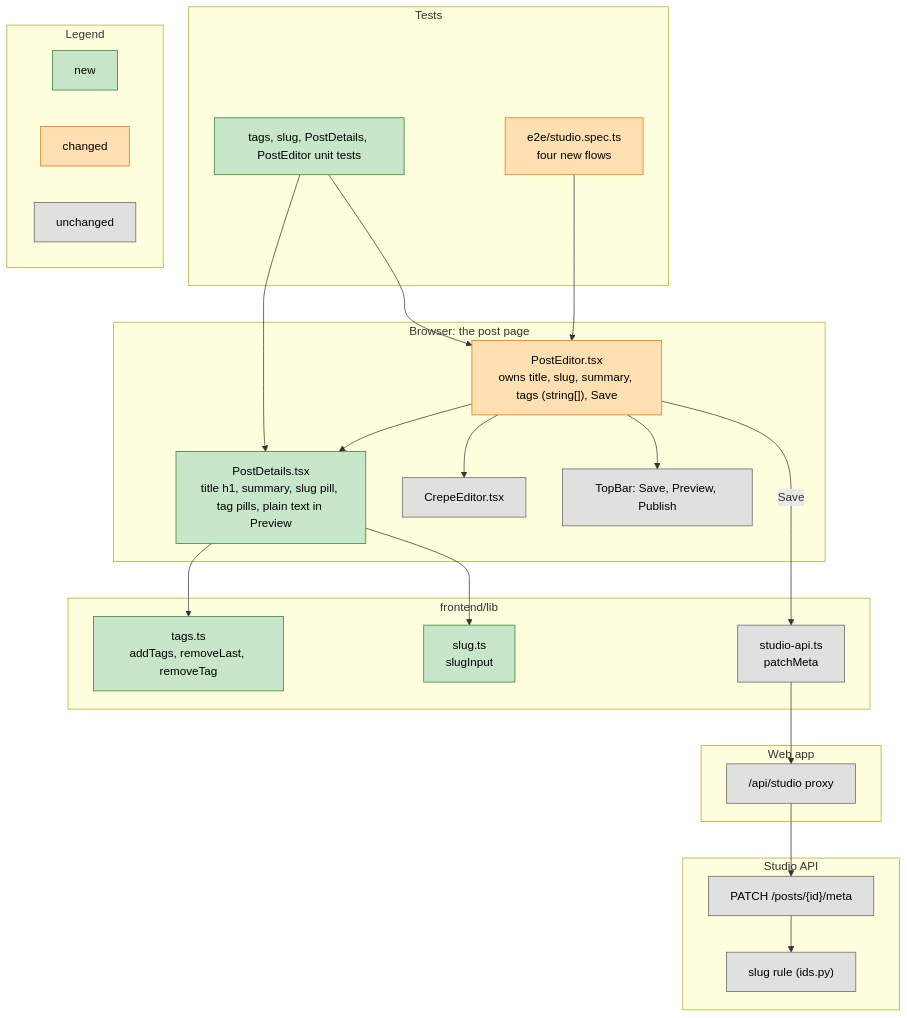
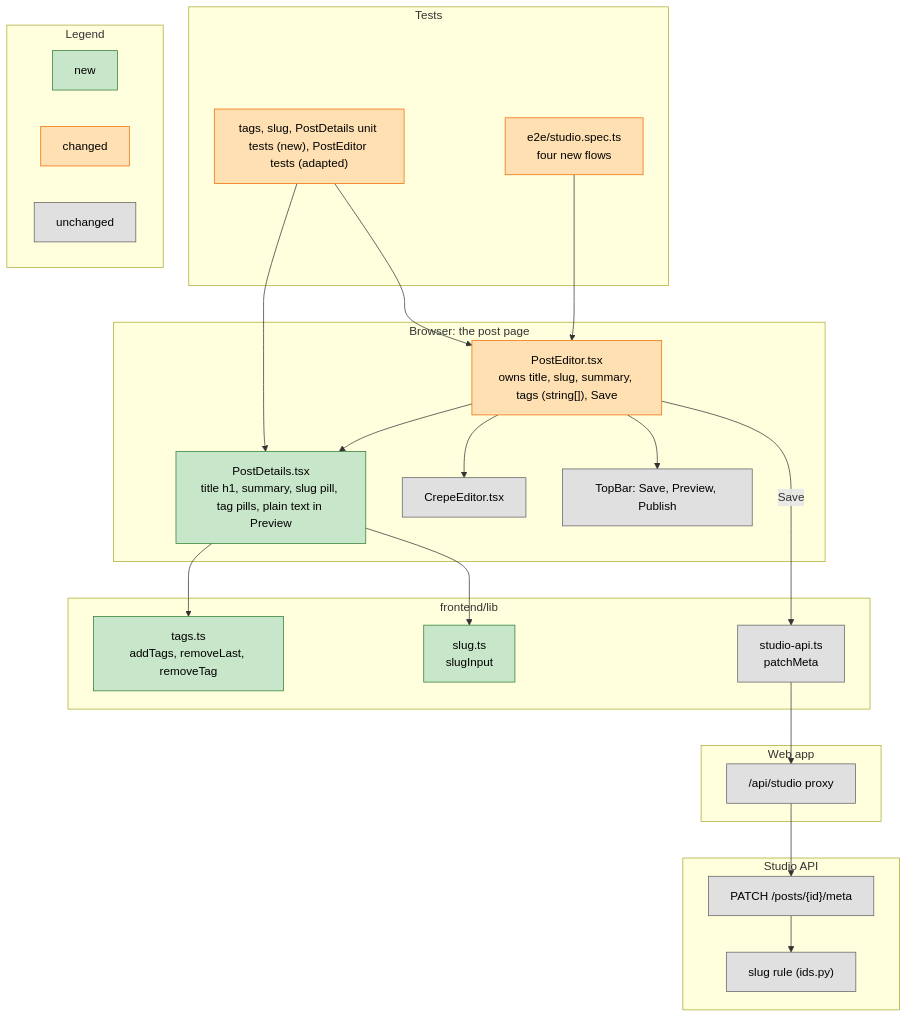
Before and after one commit to Fredheda/Personal-Blog-Studio: the diagram in docs/plans/diagrams/2026-11-22-details-in-place.mmd, drawn with Mermaid. The commit also changed 2 other files, not shown here.

```diff
--- a/docs/plans/diagrams/2026-11-22-details-in-place.mmd
+++ b/docs/plans/diagrams/2026-11-22-details-in-place.mmd
@@ -1,50 +1,50 @@
 flowchart TB
   classDef new fill:#c8e6c9,stroke:#2e7d32,color:#000
   classDef changed fill:#ffe0b2,stroke:#ef6c00,color:#000
   classDef unchanged fill:#e0e0e0,stroke:#616161,color:#000
 
   subgraph browser["Browser: the post page"]
     editor["PostEditor.tsx<br/>owns title, slug, summary, tags (string[]), Save"]:::changed
     details["PostDetails.tsx<br/>title h1, summary, slug pill, tag pills, plain text in Preview"]:::new
     crepe["CrepeEditor.tsx"]:::unchanged
     topbar["TopBar: Save, Preview, Publish"]:::unchanged
   end
 
   subgraph lib["frontend/lib"]
     tags["tags.ts<br/>addTags, removeLast, removeTag"]:::new
     slug["slug.ts<br/>slugInput"]:::new
     api["studio-api.ts<br/>patchMeta"]:::unchanged
   end
 
   subgraph webapp["Web app"]
     proxy["/api/studio proxy"]:::unchanged
   end
 
   subgraph backend["Studio API"]
     meta["PATCH /posts/{id}/meta"]:::unchanged
     slugrule["slug rule (ids.py)"]:::unchanged
   end
 
   subgraph checks["Tests"]
-    unit["tags, slug, PostDetails, PostEditor unit tests"]:::new
+    unit["tags, slug, PostDetails unit tests (new), PostEditor tests (adapted)"]:::changed
     e2e["e2e/studio.spec.ts<br/>four new flows"]:::changed
   end
 
   editor --> details
   editor --> crepe
   editor --> topbar
   details --> tags
   details --> slug
   editor -- "Save" --> api
   api --> proxy
   proxy --> meta
   meta --> slugrule
   unit --> details
   unit --> editor
   e2e --> editor
 
   subgraph legend["Legend"]
     l1["new"]:::new
     l2["changed"]:::changed
     l3["unchanged"]:::unchanged
   end
```
